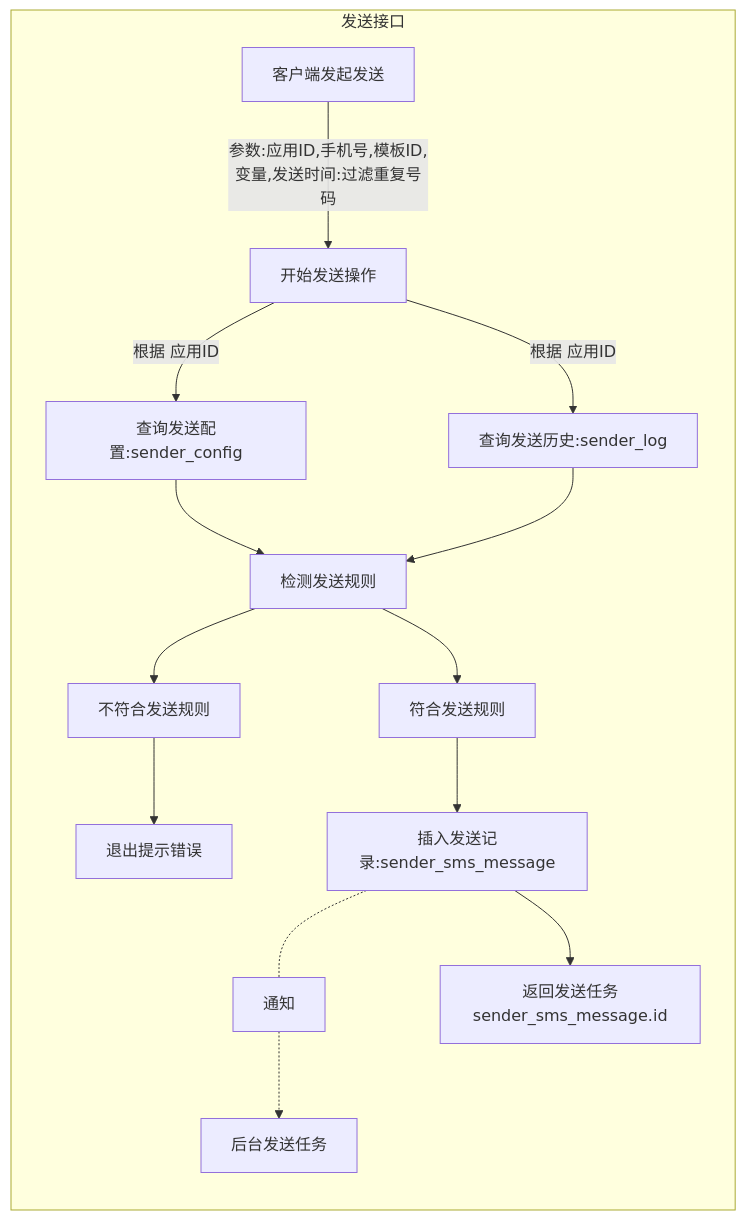
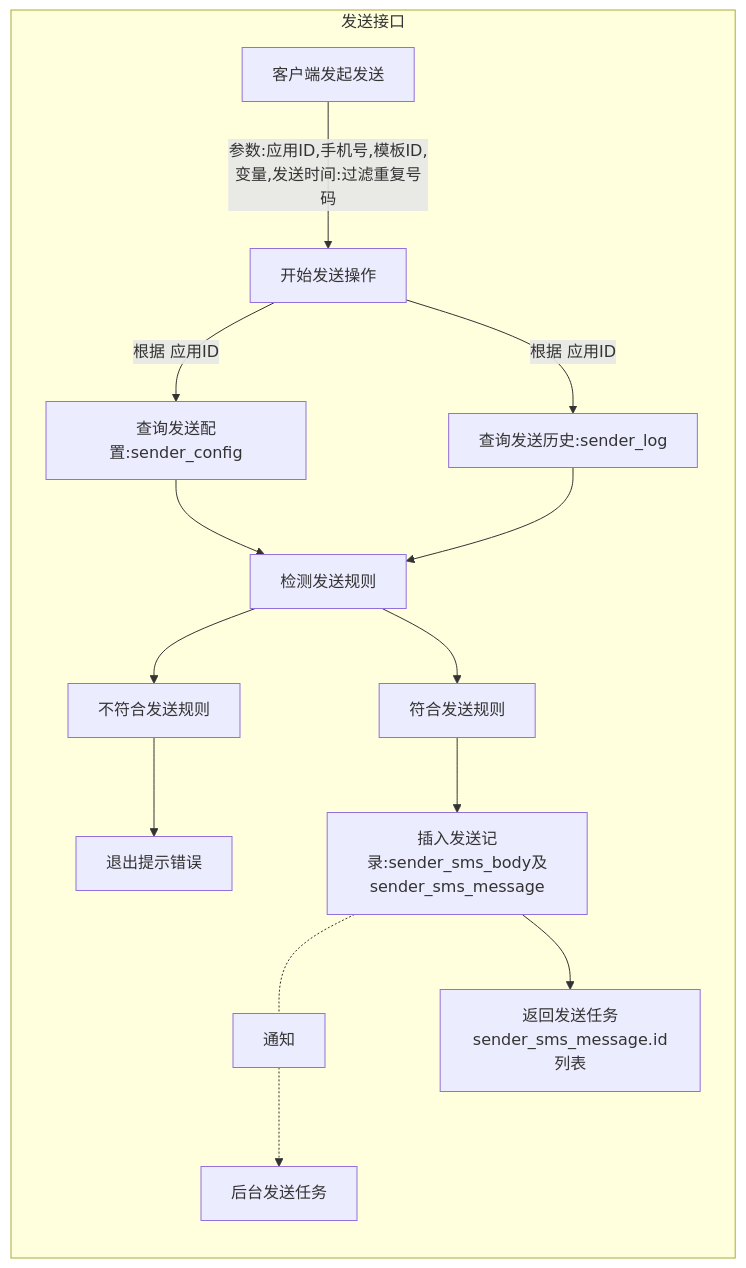
One commit to shanliu/lsys changed the first of 3 diagrams in server/lsys-sender/src/dao/sender_smser/README.MD. Above: the diagram before and after it, drawn with Mermaid. The commit also changed other lines of this file and 156 other files, not shown here.

````diff
--- a/server/lsys-sender/src/dao/sender_smser/README.MD
+++ b/server/lsys-sender/src/dao/sender_smser/README.MD
@@ -17,10 +17,10 @@
 ```mermaid
 flowchart LR
     subgraph send[发送接口]
         客户端发起发送 -- 参数:应用ID,手机号,模板ID,变量,发送时间:过滤重复号码 --> 开始发送操作 -- 根据 应用ID --> 查询发送配置:sender_config--> 检测发送规则
         开始发送操作  -- 根据 应用ID --> 查询发送历史:sender_log -->检测发送规则
         检测发送规则 --> 不符合发送规则 --> 退出提示错误
-        检测发送规则 --> 符合发送规则 --> 插入发送记录:sender_sms_message -.-通知 -.-> 后台发送任务
-        插入发送记录:sender_sms_message --> 返回发送任务sender_sms_message.id
+        检测发送规则 --> 符合发送规则 --> 插入发送记录:sender_sms_body及sender_sms_message -.-通知 -.-> 后台发送任务
+        插入发送记录:sender_sms_body及sender_sms_message --> 返回发送任务sender_sms_message.id列表
     end
 ```
````
